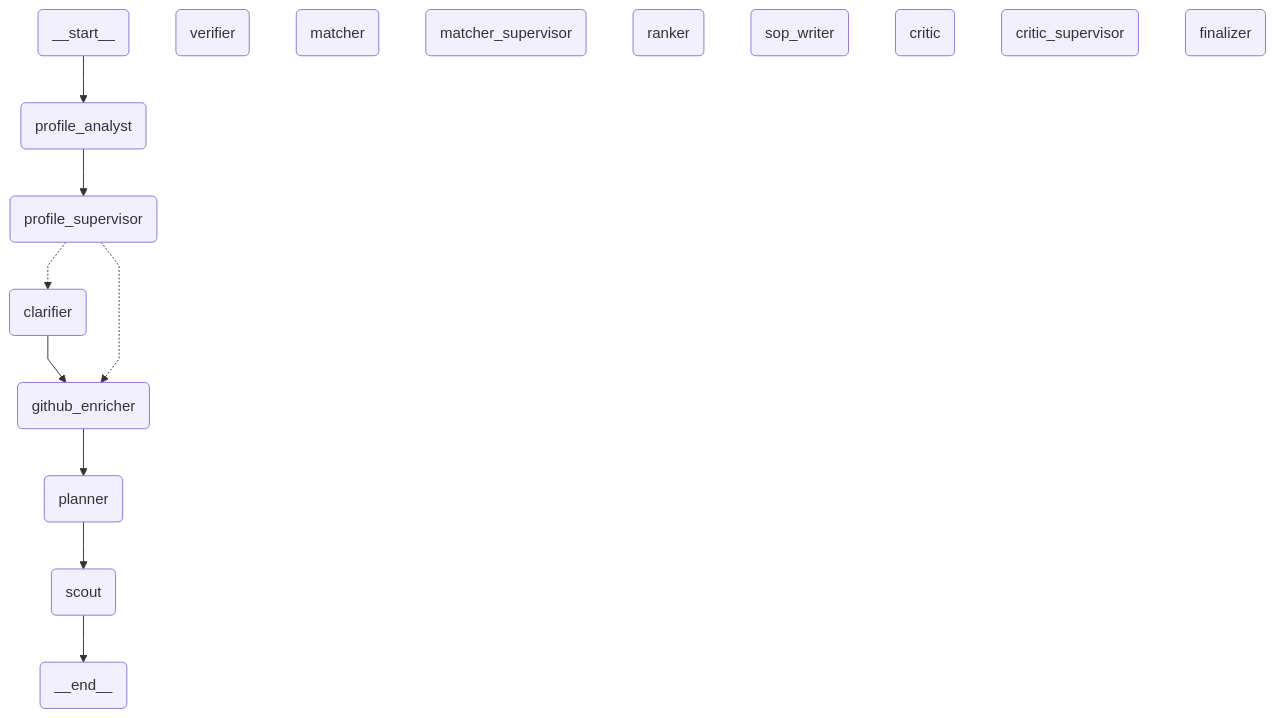
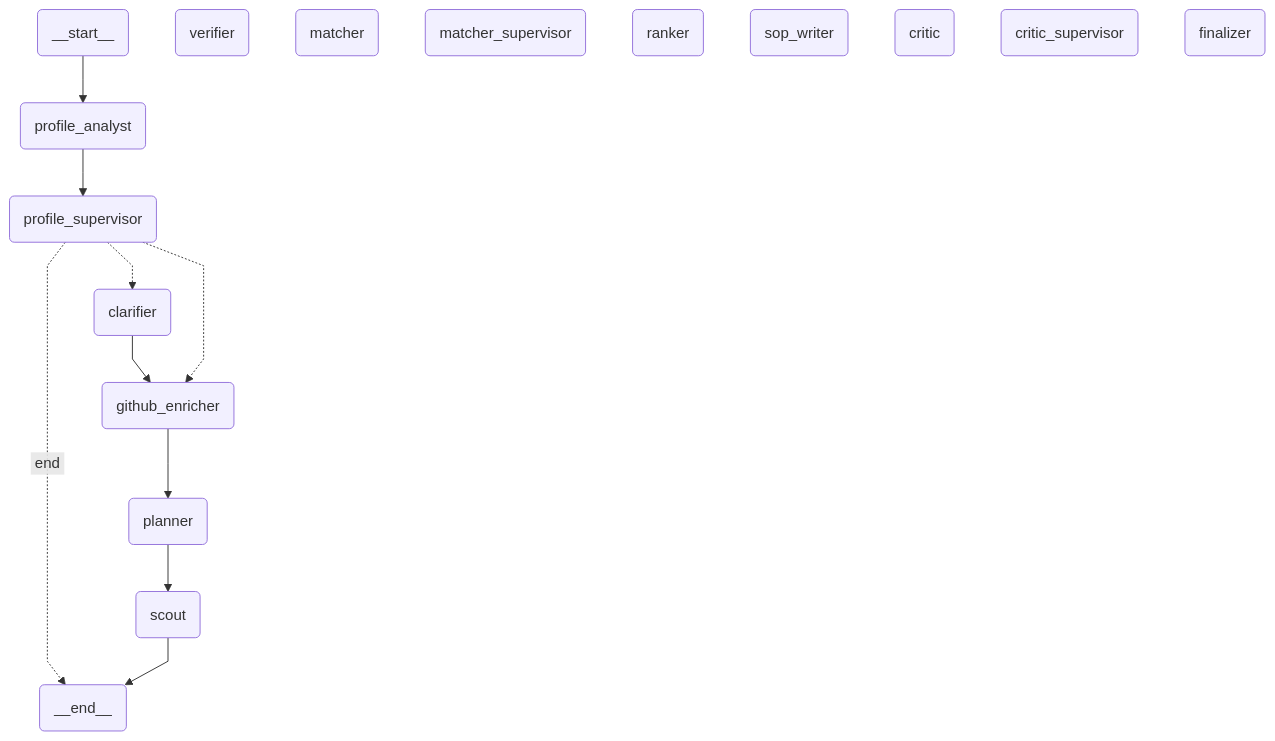
One commit to rajv4rdhan/opportunity-agent changed the diagram in docs/agents.mmd. Above: the diagram before and after it, drawn with Mermaid. The commit also changed 21 other files, not shown here.

```diff
--- a/docs/agents.mmd
+++ b/docs/agents.mmd
@@ -1,33 +1,34 @@
 ---
 config:
   flowchart:
     curve: linear
 ---
 graph TD;
 	__start__(<p>__start__</p>)
 	profile_analyst(profile_analyst)
 	profile_supervisor(profile_supervisor)
 	clarifier(clarifier)
 	github_enricher(github_enricher)
 	planner(planner)
 	scout(scout)
 	verifier(verifier)
 	matcher(matcher)
 	matcher_supervisor(matcher_supervisor)
 	ranker(ranker)
 	sop_writer(sop_writer)
 	critic(critic)
 	critic_supervisor(critic_supervisor)
 	finalizer(finalizer)
 	__end__(<p>__end__</p>)
 	__start__ --> profile_analyst;
 	clarifier --> github_enricher;
 	github_enricher --> planner;
 	planner --> scout;
 	profile_analyst --> profile_supervisor;
+	profile_supervisor -. &nbsp;end&nbsp; .-> __end__;
 	profile_supervisor -.-> clarifier;
 	profile_supervisor -.-> github_enricher;
 	scout --> __end__;
 	classDef default fill:#f2f0ff,line-height:1.2
 	classDef first fill-opacity:0
 	classDef last fill:#bfb6fc
```
